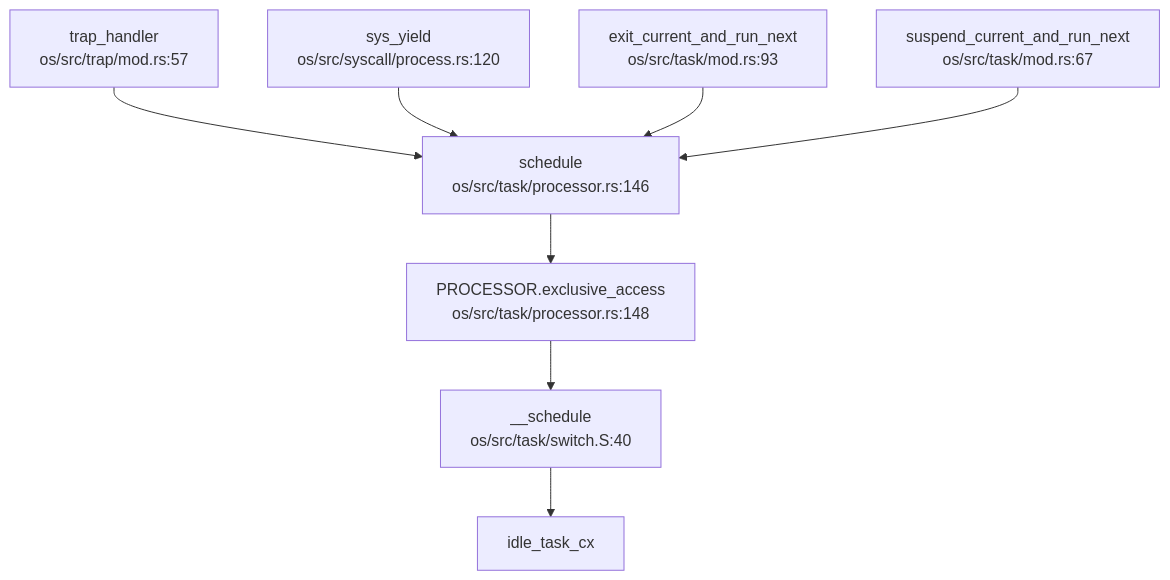
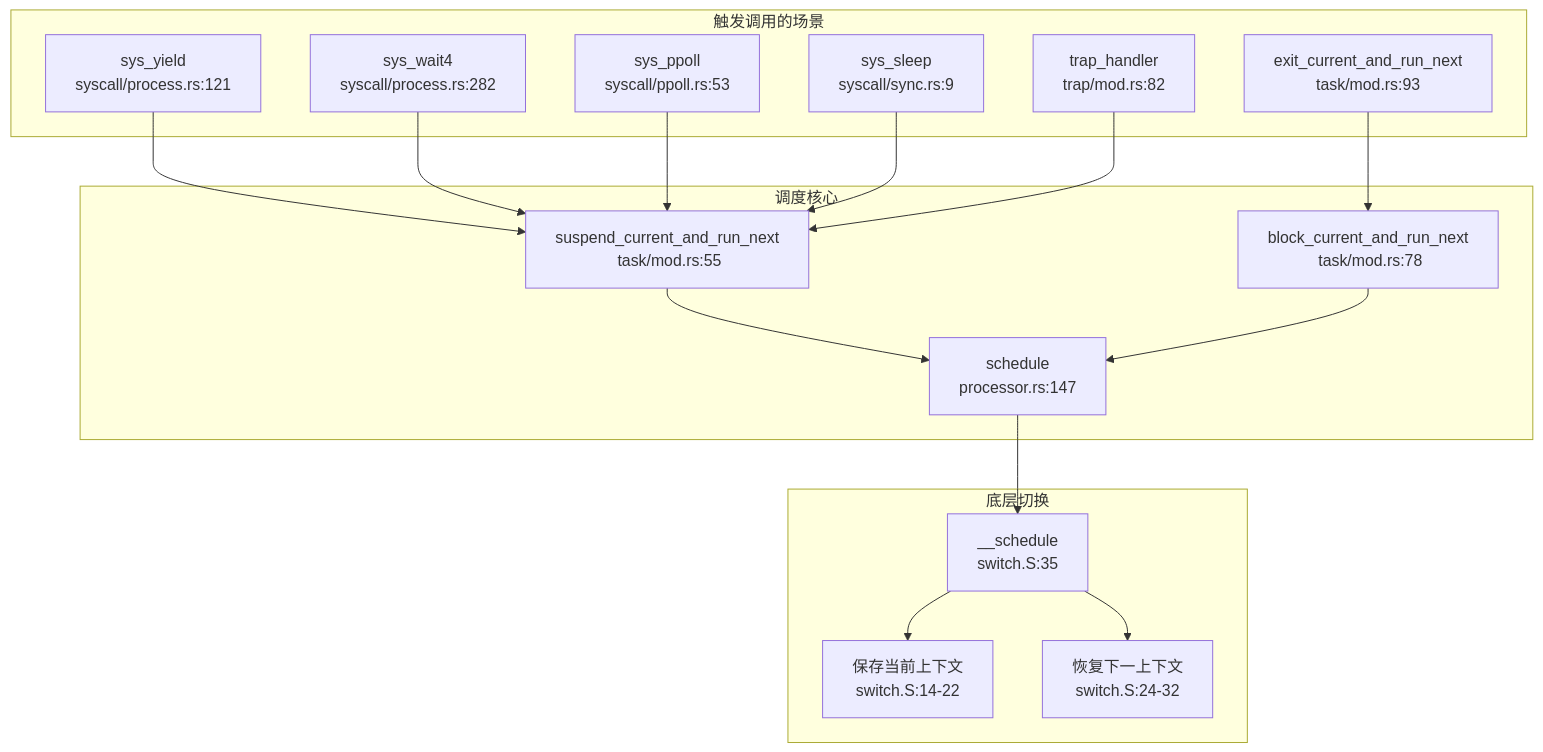
Before and after one commit to Freefor100/OS-Agent: the fourth of 4 diagrams in output/oskernel2024-chaos/sections/04_进程线程与调度机制.md, drawn with Mermaid. The commit also changed other lines of this file and 118 other files, not shown here.

````diff
--- a/output/oskernel2024-chaos/sections/04_进程线程与调度机制.md
+++ b/output/oskernel2024-chaos/sections/04_进程线程与调度机制.md
@@ -449,17 +506,47 @@
 ```mermaid
 graph TD
-  A["trap_handler
-os/src/trap/mod.rs:57"] --> B["schedule
-os/src/task/processor.rs:146"]
-  C["sys_yield
-os/src/syscall/process.rs:120"] --> B
-  D["exit_current_and_run_next
-os/src/task/mod.rs:93"] --> B
-  E["suspend_current_and_run_next
-os/src/task/mod.rs:67"] --> B
-  B --> F["PROCESSOR.exclusive_access
-os/src/task/processor.rs:148"]
-  F --> G["__schedule
-os/src/task/switch.S:40"]
-  G --> H["idle_task_cx"]
+    subgraph 触发调用的场景
+        A1["sys_yield
+ syscall/process.rs:121"]
+        A2["sys_wait4
+ syscall/process.rs:282"]
+        A3["sys_ppoll
+ syscall/ppoll.rs:53"]
+        A4["sys_sleep
+ syscall/sync.rs:9"]
+        A5["trap_handler
+ trap/mod.rs:82"]
+        A6["exit_current_and_run_next
+ task/mod.rs:93"]
+    end
+    
+    subgraph 调度核心
+        B1["suspend_current_and_run_next
+ task/mod.rs:55"]
+        B2["block_current_and_run_next
+ task/mod.rs:78"]
+        B3["schedule
+ processor.rs:147"]
+    end
+    
+    subgraph 底层切换
+        C1["__schedule
+ switch.S:35"]
+        C2["保存当前上下文
+ switch.S:14-22"]
+        C3["恢复下一上下文
+ switch.S:24-32"]
+    end
+    
+    A1 --> B1
+    A2 --> B1
+    A3 --> B1
+    A4 --> B1
+    A5 --> B1
+    A6 --> B2
+    B1 --> B3
+    B2 --> B3
+    B3 --> C1
+    C1 --> C2
+    C1 --> C3
 ```
````
